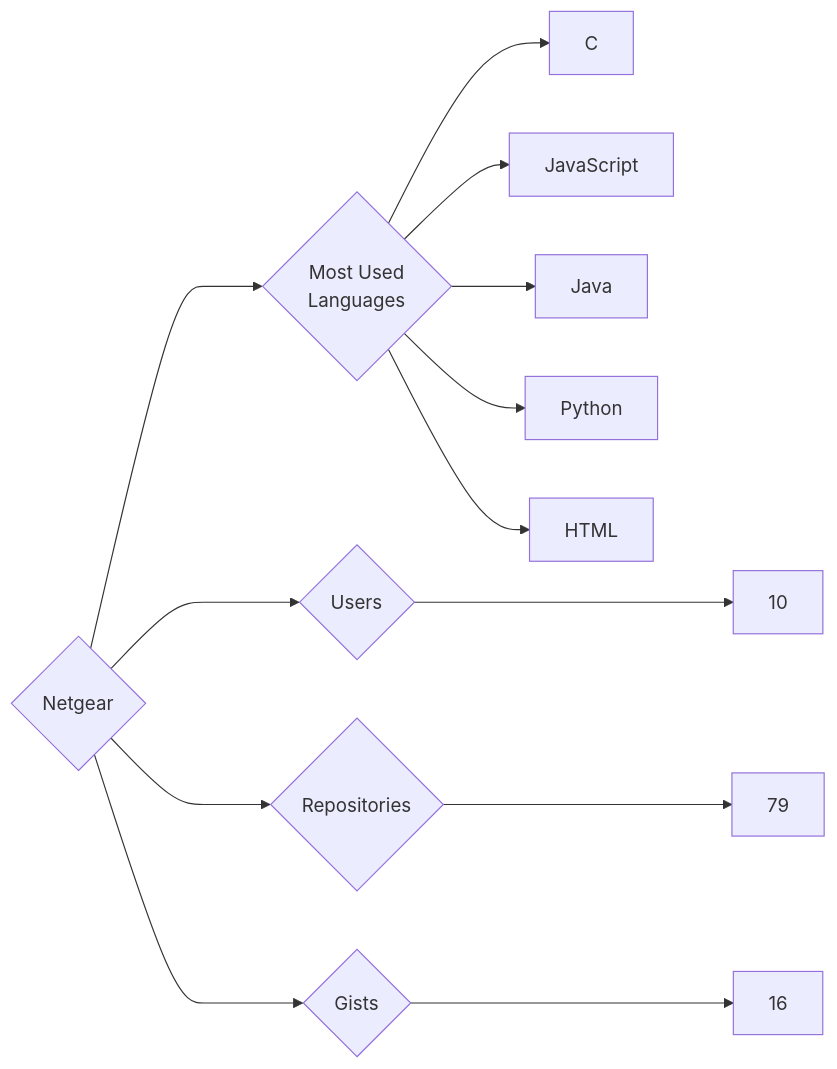
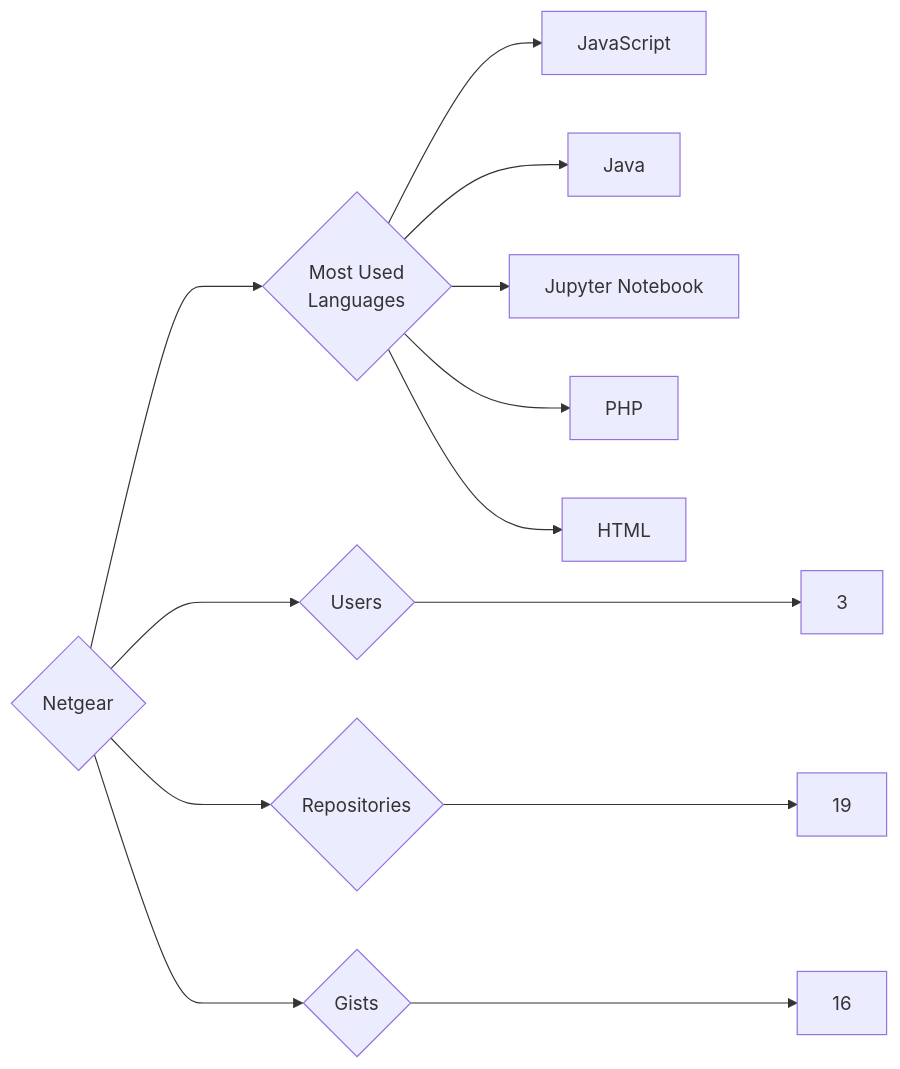
The diagram in targets/Netgear/README.md (trickest/insiders), drawn with Mermaid before and after one commit. The commit also changed 860 other files, not shown here.

````diff
--- a/targets/Netgear/README.md
+++ b/targets/Netgear/README.md
@@ -3,13 +3,13 @@
 ```mermaid
 graph LR
 COMPANY_NAME{Netgear}
-COMPANY_NAME ---> U{Users} ---> UN[10]
-COMPANY_NAME ---> R{Repositories} ---> RN[79]
+COMPANY_NAME ---> U{Users} ---> UN[3]
+COMPANY_NAME ---> R{Repositories} ---> RN[19]
 COMPANY_NAME ---> G{Gists} ---> GN[16]
 COMPANY_NAME ---> ML{Most Used<br>Languages}
-ML --> C[C]
 ML --> JavaScript[JavaScript]
 ML --> Java[Java]
-ML --> Python[Python]
+ML --> Jupyter_Notebook[Jupyter Notebook]
+ML --> PHP[PHP]
 ML --> HTML[HTML]
 ```
````
